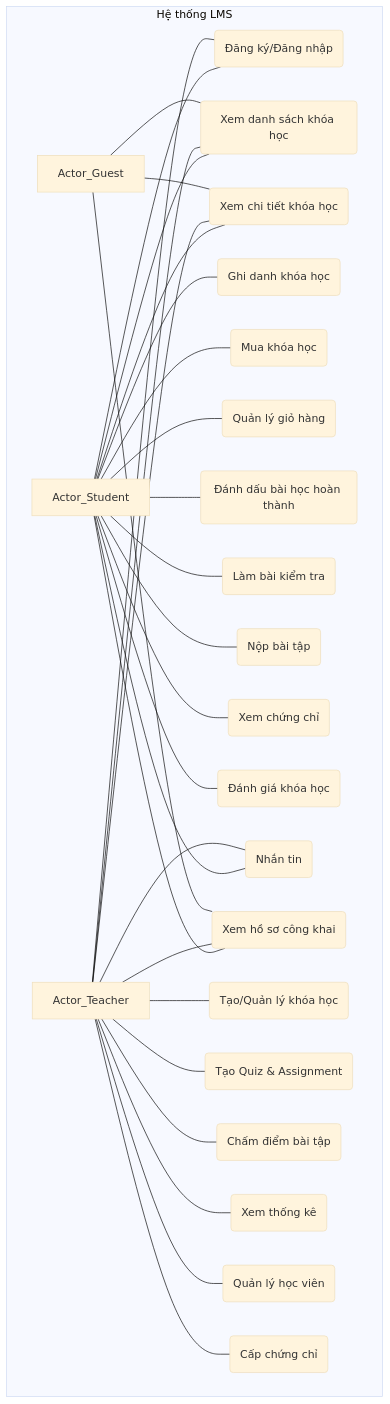
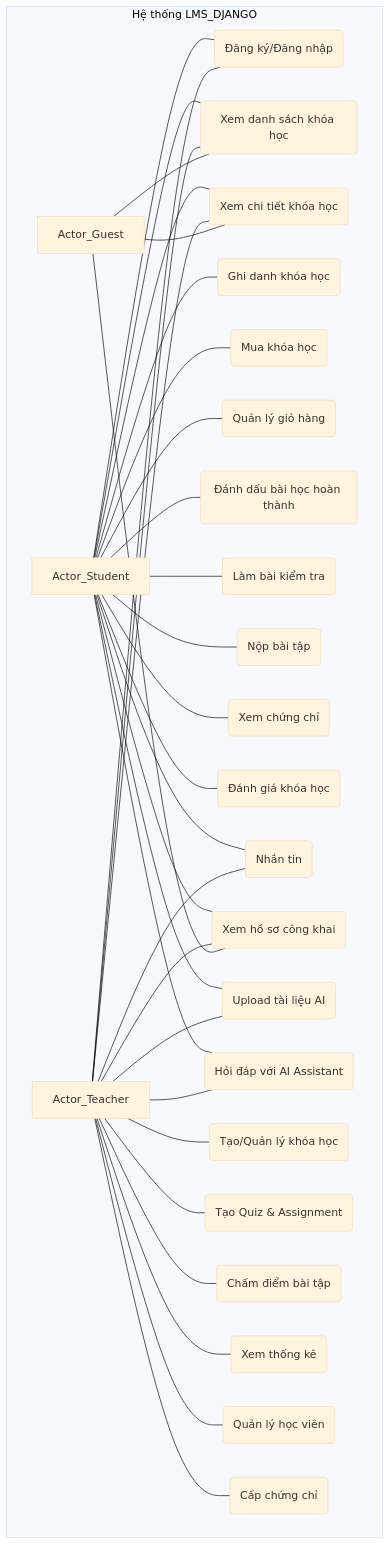
One commit to chienvoxn/LMS_DJANGO changed the second of 8 diagrams in Description.md. Above: the diagram before and after it, drawn with Mermaid (base theme). The commit also changed other lines of this file and 1 other file, not shown here.

````diff
--- a/Description.md
+++ b/Description.md
@@ -996,28 +1360,30 @@
 ```mermaid
 graph TD
-    subgraph "Hệ thống LMS"
+    subgraph "Hệ thống LMS_DJANGO"
         UC1(Đăng ký/Đăng nhập)
         UC2(Xem danh sách khóa học)
         UC3(Xem chi tiết khóa học)
         UC4(Ghi danh khóa học)
         UC5(Mua khóa học)
         UC6(Quản lý giỏ hàng)
         UC7(Đánh dấu bài học hoàn thành)
         UC8(Làm bài kiểm tra)
         UC9(Nộp bài tập)
         UC10(Xem chứng chỉ)
         UC11(Đánh giá khóa học)
         UC12(Nhắn tin)
         UC13(Tạo/Quản lý khóa học)
         UC14(Tạo Quiz & Assignment)
         UC15(Chấm điểm bài tập)
         UC16(Xem thống kê)
         UC17(Quản lý học viên)
         UC18(Cấp chứng chỉ)
         UC19(Xem hồ sơ công khai)
-    
-        Actor_Student --- UC1 & UC2 & UC3 & UC4 & UC5 & UC6 & UC7 & UC8 & UC9 & UC10 & UC11 & UC12 & UC19
-        Actor_Teacher --- UC1 & UC2 & UC3 & UC12 & UC13 & UC14 & UC15 & UC16 & UC17 & UC18 & UC19
+        UC20(Upload tài liệu AI)
+        UC21(Hỏi đáp với AI Assistant)
+
+        Actor_Student --- UC1 & UC2 & UC3 & UC4 & UC5 & UC6 & UC7 & UC8 & UC9 & UC10 & UC11 & UC12 & UC19 & UC20 & UC21
+        Actor_Teacher --- UC1 & UC2 & UC3 & UC12 & UC13 & UC14 & UC15 & UC16 & UC17 & UC18 & UC19 & UC20 & UC21
         Actor_Guest --- UC2 & UC3 & UC19
     end
 ```
````
